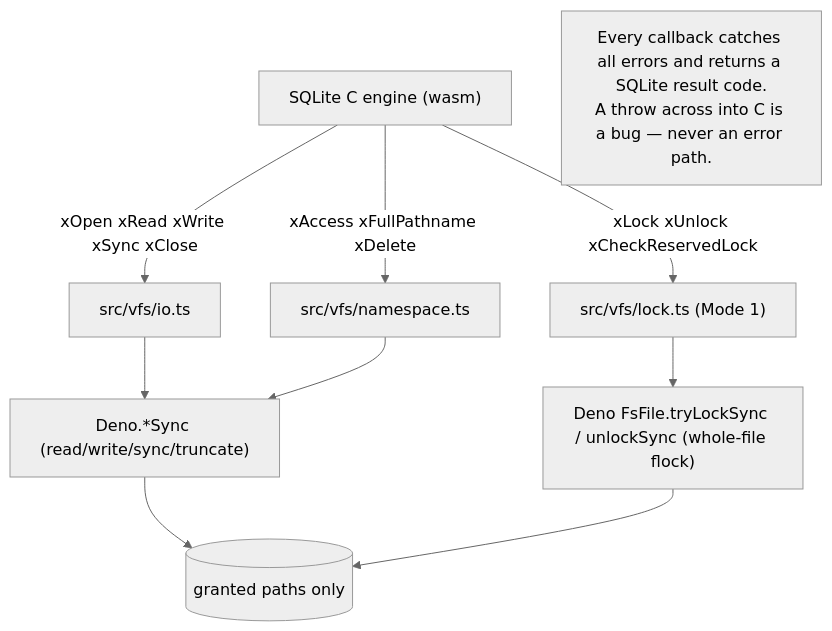
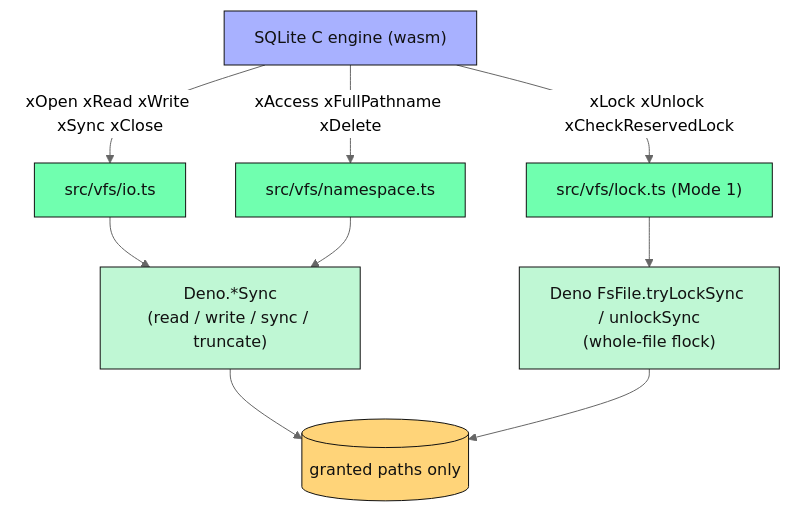
The first of 3 diagrams in README.md (ul0gic/sqlite-deno), drawn with Mermaid (neutral theme) before and after one commit. The commit also changed other lines of this file and 1 other file, not shown here.

````diff
--- a/README.md
+++ b/README.md
@@ -152,12 +155,29 @@
 ```mermaid
 flowchart TD
-  C["SQLite C engine (wasm)"] -->|xOpen xRead xWrite xSync xClose| IO["src/vfs/io.ts"]
-  C -->|xAccess xFullPathname xDelete| NS["src/vfs/namespace.ts"]
-  C -->|xLock xUnlock xCheckReservedLock| LK["src/vfs/lock.ts (Mode 1)"]
-  IO --> DENO["Deno.*Sync (read/write/sync/truncate)"]
+  C["SQLite C engine (wasm)"]
+  IO["src/vfs/io.ts"]
+  NS["src/vfs/namespace.ts"]
+  LK["src/vfs/lock.ts (Mode 1)"]
+  DENO["Deno.*Sync<br/>(read / write / sync / truncate)"]
+  FLOCK["Deno FsFile.tryLockSync / unlockSync<br/>(whole-file flock)"]
+  FS[("granted paths only")]
+
+  C -->|xOpen xRead xWrite xSync xClose| IO
+  C -->|xAccess xFullPathname xDelete| NS
+  C -->|xLock xUnlock xCheckReservedLock| LK
+  IO --> DENO
   NS --> DENO
-  LK --> FLOCK["Deno FsFile.tryLockSync / unlockSync (whole-file flock)"]
-  DENO --> FS[("granted paths only")]
+  LK --> FLOCK
+  DENO --> FS
   FLOCK --> FS
-  note["Every callback catches all errors and returns a SQLite result code.<br/>A throw across into C is a bug — never an error path."]
+
+  classDef engine fill:#a8b1ff,stroke:#111,color:#111,stroke-width:1px;
+  classDef vfs fill:#70ffaf,stroke:#111,color:#111,stroke-width:1px;
+  classDef host fill:#bff7d4,stroke:#111,color:#111,stroke-width:1px;
+  classDef disk fill:#ffd479,stroke:#111,color:#111,stroke-width:1px;
+
+  class C engine;
+  class IO,NS,LK vfs;
+  class DENO,FLOCK host;
+  class FS disk;
 ```
````
